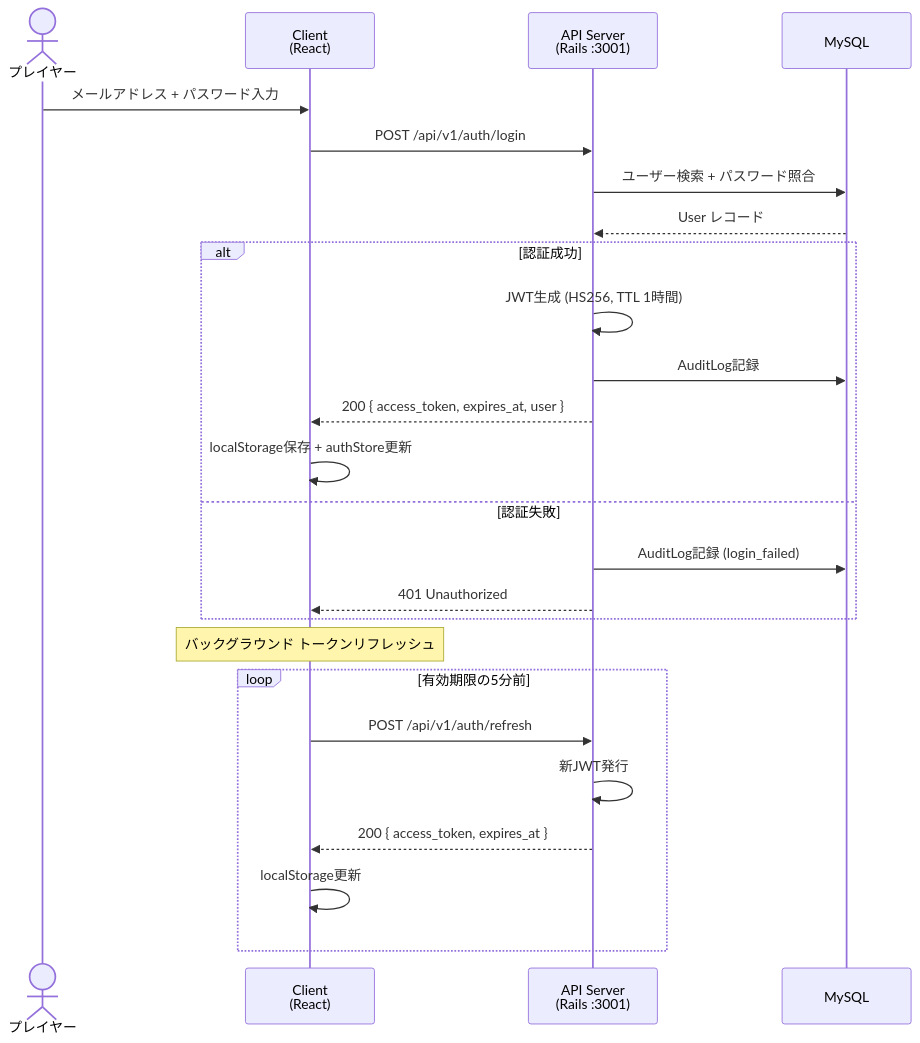
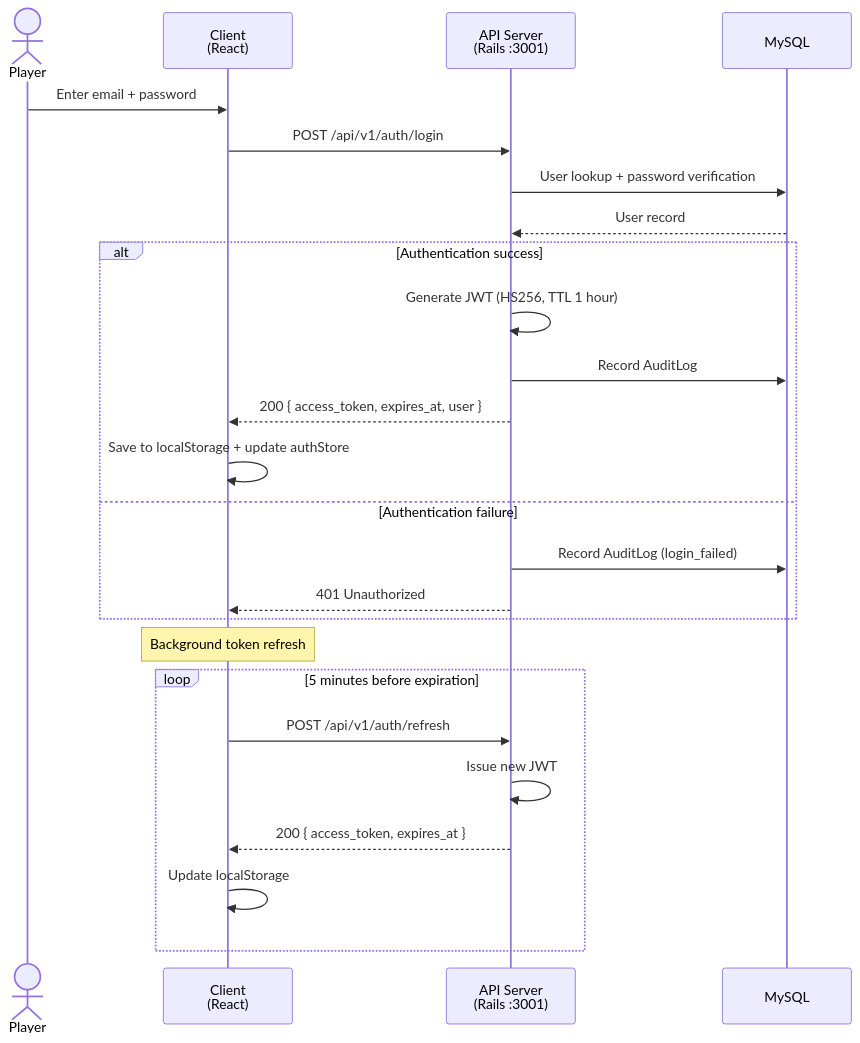
The first of 8 diagrams in docs/sequences.md (naokirin/room-based-multiplayer-poc), drawn with Mermaid before and after one commit. The commit also changed other lines of this file and 3 other files, not shown here.

````diff
--- a/docs/sequences.md
+++ b/docs/sequences.md
@@ -5,30 +5,30 @@
 ```mermaid
 sequenceDiagram
-    actor Player as プレイヤー
+    actor Player as Player
     participant Client as Client<br/>(React)
     participant API as API Server<br/>(Rails :3001)
     participant DB as MySQL
 
-    Player->>Client: メールアドレス + パスワード入力
+    Player->>Client: Enter email + password
     Client->>API: POST /api/v1/auth/login
-    API->>DB: ユーザー検索 + パスワード照合
-    DB-->>API: User レコード
+    API->>DB: User lookup + password verification
+    DB-->>API: User record
 
-    alt 認証成功
-        API->>API: JWT生成 (HS256, TTL 1時間)
-        API->>DB: AuditLog記録
+    alt Authentication success
+        API->>API: Generate JWT (HS256, TTL 1 hour)
+        API->>DB: Record AuditLog
         API-->>Client: 200 { access_token, expires_at, user }
-        Client->>Client: localStorage保存 + authStore更新
-    else 認証失敗
-        API->>DB: AuditLog記録 (login_failed)
+        Client->>Client: Save to localStorage + update authStore
+    else Authentication failure
+        API->>DB: Record AuditLog (login_failed)
         API-->>Client: 401 Unauthorized
     end
 
-    Note over Client: バックグラウンド トークンリフレッシュ
-    loop 有効期限の5分前
+    Note over Client: Background token refresh
+    loop 5 minutes before expiration
         Client->>API: POST /api/v1/auth/refresh
-        API->>API: 新JWT発行
+        API->>API: Issue new JWT
         API-->>Client: 200 { access_token, expires_at }
-        Client->>Client: localStorage更新
+        Client->>Client: Update localStorage
     end
 ```
````
